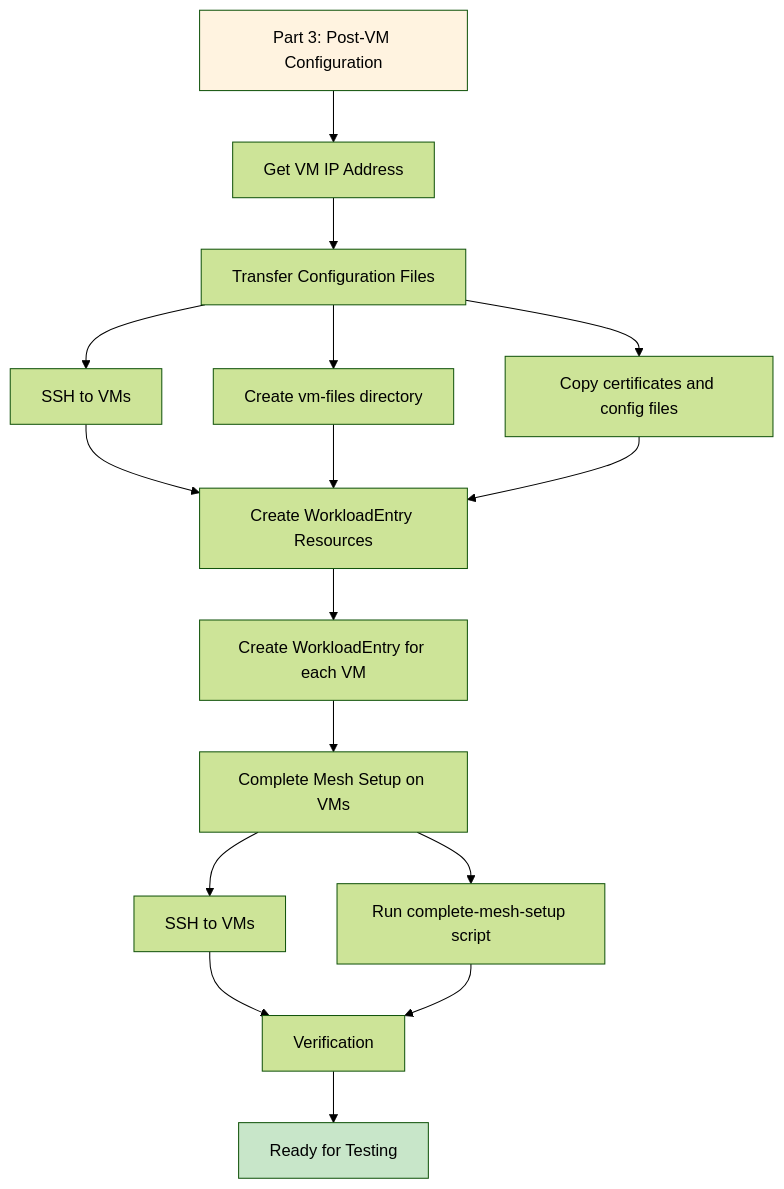
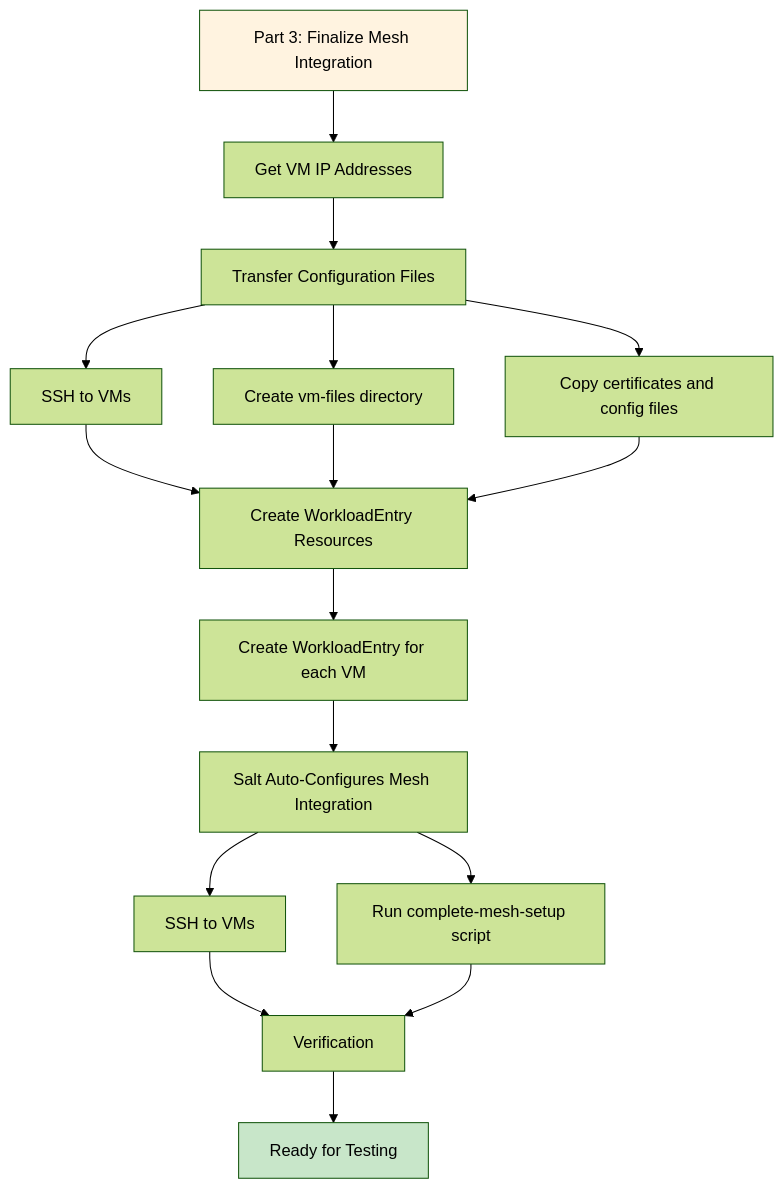
Before and after one commit to johandry/IstioAzureSetup: the fourth of 9 diagrams in docs/VM-Mesh-Integration-Flow-Diagram.md, drawn with Mermaid (forest theme). The commit also changed other lines of this file and 11 other files, not shown here.

````diff
--- a/docs/VM-Mesh-Integration-Flow-Diagram.md
+++ b/docs/VM-Mesh-Integration-Flow-Diagram.md
@@ -95,27 +100,27 @@
 ```mermaid
 flowchart TD
-    A3[Part 3: Post-VM Configuration] --> B3[Get VM IP Address]
+    A3[Part 3: Finalize Mesh Integration] --> B3[Get VM IP Addresses]
 
     B3 --> E3[Transfer Configuration Files]
     E3 --> E3a[SSH to VMs]
     E3 --> E3b[Create vm-files directory]
     E3 --> E3c[Copy certificates and config files]
     
     E3a --> F3[Create WorkloadEntry Resources]
     E3b --> F3
     E3c --> F3
     
     F3 --> F3a[Create WorkloadEntry for each VM]
 
-    F3a --> G3[Complete Mesh Setup on VMs]
+    F3a --> G3[Salt Auto-Configures Mesh Integration]
     G3 --> G3a[SSH to VMs]
     G3 --> G3b[Run complete-mesh-setup script]
     
     G3a --> H3[Verification]
     G3b --> H3
     
     H3 --> I3[Ready for Testing]
     
     style A3 fill:#fff3e0
     style I3 fill:#c8e6c9
 ```
````
